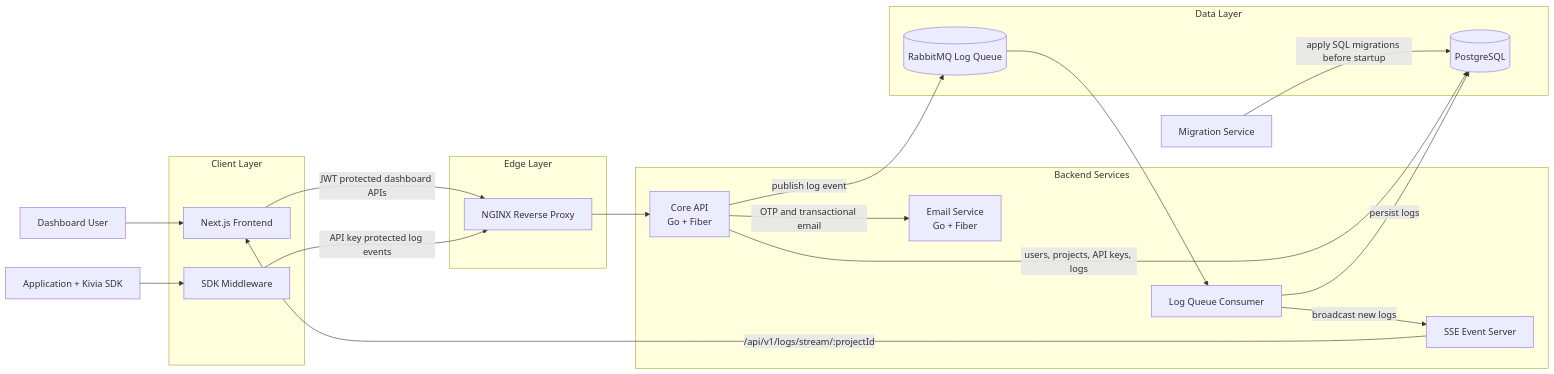
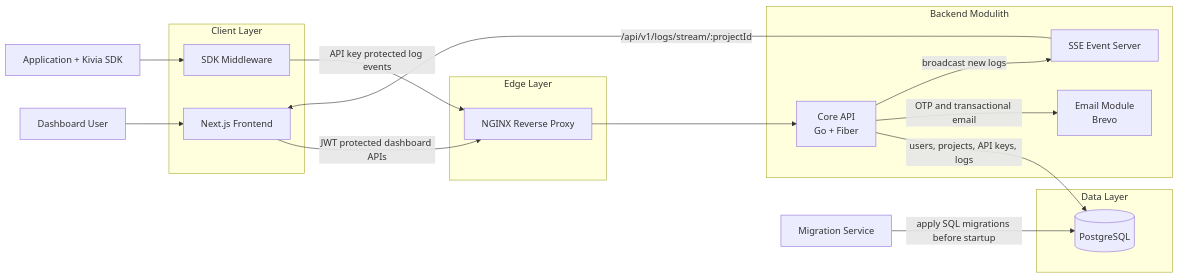
One commit to winnerx0/kivia changed the diagram in README.md. Above: the diagram before and after it, drawn with Mermaid. The commit also changed other lines of this file and 1 other file, not shown here.

Commit message:
docs(ci): build only core in CI and update README for modulith

````diff
--- a/README.md
+++ b/README.md
@@ -7,45 +7,39 @@
 ```mermaid
 flowchart LR
   dashboardUser[Dashboard User]
   sdkApp[Application + Kivia SDK]
 
   subgraph client[Client Layer]
     frontend[Next.js Frontend]
     sdk[SDK Middleware]
   end
 
   subgraph edge[Edge Layer]
     nginx[NGINX Reverse Proxy]
   end
 
-  subgraph backend[Backend Services]
+  subgraph backend[Backend Modulith]
     core[Core API<br/>Go + Fiber]
-    email[Email Service<br/>Go + Fiber]
+    email[Email Module<br/>Brevo]
     sse[SSE Event Server]
-    consumer[Log Queue Consumer]
   end
 
   subgraph data[Data Layer]
     postgres[(PostgreSQL)]
-    rabbit[(RabbitMQ Log Queue)]
   end
 
   migrate[Migration Service]
 
   dashboardUser --> frontend
   frontend -->|JWT protected dashboard APIs| nginx
   sdkApp --> sdk
   sdk -->|API key protected log events| nginx
 
   nginx --> core
   core -->|users, projects, API keys, logs| postgres
   core -->|OTP and transactional email| email
-  core -->|publish log event| rabbit
-
-  rabbit --> consumer
-  consumer -->|persist logs| postgres
-  consumer -->|broadcast new logs| sse
+  core -->|broadcast new logs| sse
   sse -->|/api/v1/logs/stream/:projectId| frontend
 
   migrate -->|apply SQL migrations before startup| postgres
 ```
````
